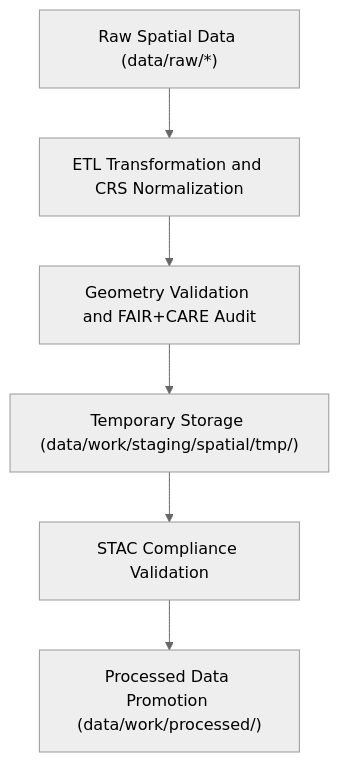
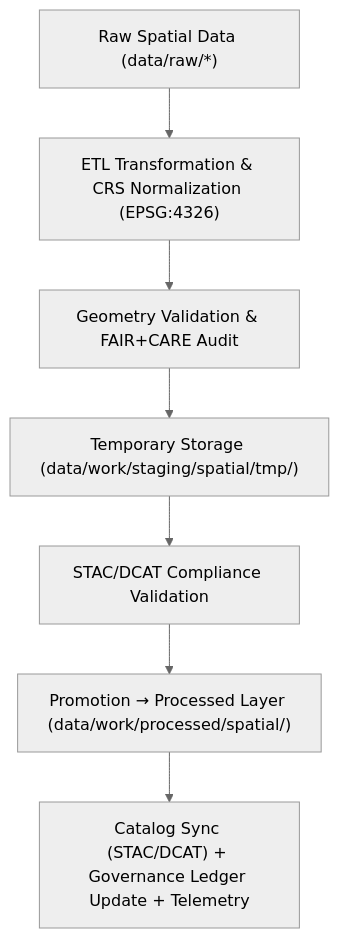
One commit to bartytime4life/Kansas-Frontier-Matrix changed the diagram in data/work/staging/spatial/README.md. Above: the diagram before and after it, drawn with Mermaid (neutral theme). The commit also changed other lines of this file, not shown here.

````diff
--- a/data/work/staging/spatial/README.md
+++ b/data/work/staging/spatial/README.md
@@ -72,8 +79,9 @@
 ```mermaid
 flowchart TD
-    A["Raw Spatial Data (data/raw/*)"] --> B["ETL Transformation and CRS Normalization"]
-    B --> C["Geometry Validation and FAIR+CARE Audit"]
+    A["Raw Spatial Data (data/raw/*)"] --> B["ETL Transformation & CRS Normalization (EPSG:4326)"]
+    B --> C["Geometry Validation & FAIR+CARE Audit"]
     C --> D["Temporary Storage (data/work/staging/spatial/tmp/)"]
-    D --> E["STAC Compliance Validation"]
-    E --> F["Processed Data Promotion (data/work/processed/)"]
+    D --> E["STAC/DCAT Compliance Validation"]
+    E --> F["Promotion → Processed Layer (data/work/processed/spatial/)"]
+    F --> G["Catalog Sync (STAC/DCAT) + Governance Ledger Update + Telemetry"]
 ```
````
